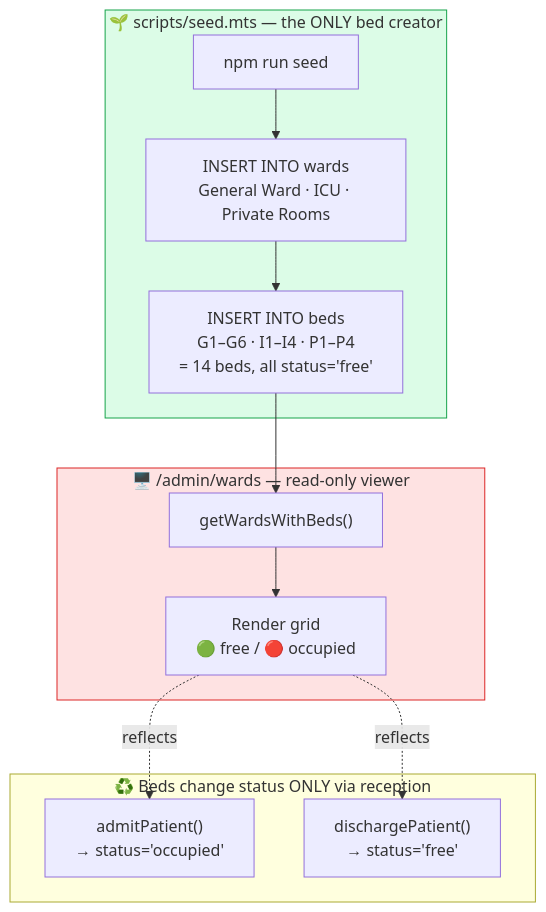
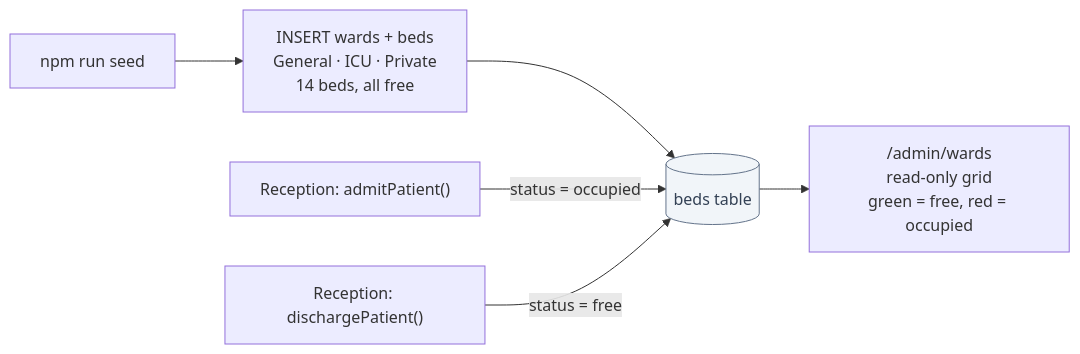
One commit to themuzzamil/Hospital-Management-System changed the sixth of 22 diagrams in flow.md. Above: the diagram before and after it, drawn with Mermaid. The commit also changed other lines of this file, not shown here.

````diff
--- a/flow.md
+++ b/flow.md
@@ -185,24 +198,12 @@
 ```mermaid
-flowchart TD
-    subgraph SEED["🌱 scripts/seed.mts — the ONLY bed creator"]
-        A["npm run seed"] --> B["INSERT INTO wards<br/>General Ward · ICU · Private Rooms"]
-        B --> C["INSERT INTO beds<br/>G1–G6 · I1–I4 · P1–P4<br/>= 14 beds, all status='free'"]
-    end
+flowchart LR
+    A["npm run seed"] --> B["INSERT wards + beds<br/>General · ICU · Private<br/>14 beds, all free"]
+    B --> C[("beds table")]
+    C --> D["/admin/wards<br/>read-only grid<br/>green = free, red = occupied"]
 
-    subgraph UI["🖥️ /admin/wards — read-only viewer"]
-        D["getWardsWithBeds()"] --> E["Render grid<br/>🟢 free / 🔴 occupied"]
-    end
+    E["Reception: admitPatient()"] -->|"status = occupied"| C
+    F["Reception: dischargePatient()"] -->|"status = free"| C
 
-    C --> D
-
-    subgraph LIFECYCLE["♻️ Beds change status ONLY via reception"]
-        F["admitPatient()<br/>→ status='occupied'"]
-        G["dischargePatient()<br/>→ status='free'"]
-    end
-
-    E -.->|"reflects"| F
-    E -.->|"reflects"| G
-
-    style UI fill:#fee2e2,stroke:#dc2626
-    style SEED fill:#dcfce7,stroke:#16a34a
+    classDef db fill:#f1f5f9,stroke:#64748b,color:#334155
+    class C db
 ```
````
